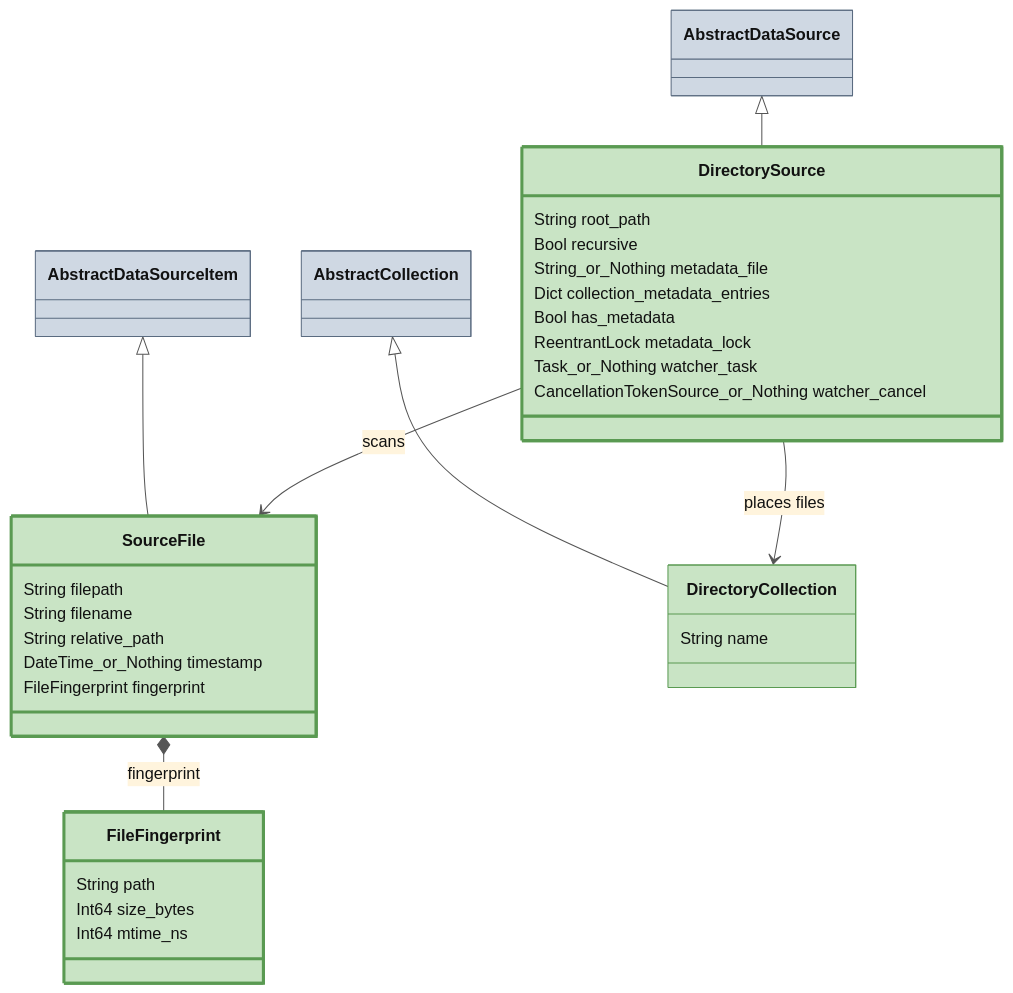
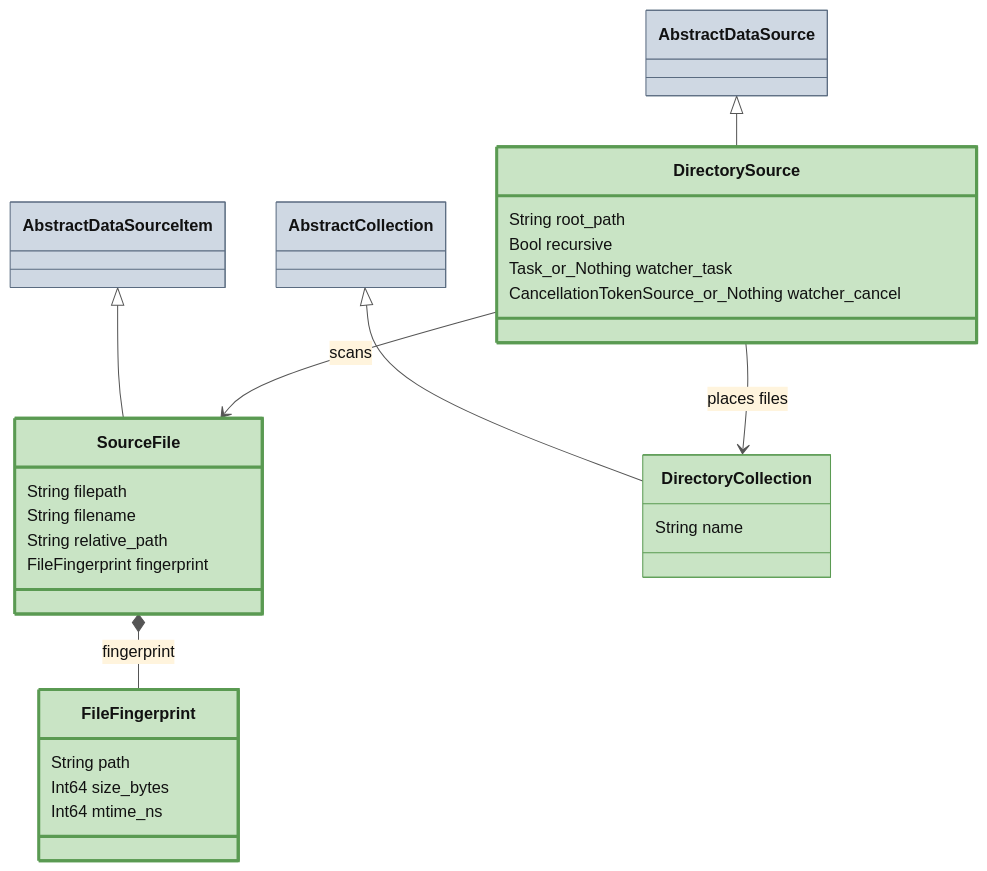
The fourth of 5 diagrams in docs/ARCHITECTURE.md (digiefel/DataBrowser), drawn with Mermaid before and after one commit. The commit also changed other lines of this file and 5 other files, not shown here.

````diff
--- a/docs/ARCHITECTURE.md
+++ b/docs/ARCHITECTURE.md
@@ -374,49 +374,44 @@
 ```mermaid
 %%{init: {'theme':'base','themeVariables':{'textColor':'#111','lineColor':'#555'}}}%%
 classDiagram
     direction TB
     class AbstractDataSource
     class AbstractDataSourceItem
     class AbstractCollection
 
     class DirectorySource {
         String root_path
         Bool recursive
-        String_or_Nothing metadata_file
-        Dict collection_metadata_entries
-        Bool has_metadata
-        ReentrantLock metadata_lock
         Task_or_Nothing watcher_task
         CancellationTokenSource_or_Nothing watcher_cancel
     }
     class SourceFile {
         String filepath
         String filename
         String relative_path
-        DateTime_or_Nothing timestamp
         FileFingerprint fingerprint
     }
     class FileFingerprint {
         String path
         Int64 size_bytes
         Int64 mtime_ns
     }
     class DirectoryCollection {
         String name
     }
 
     AbstractDataSource <|-- DirectorySource
     AbstractDataSourceItem <|-- SourceFile
     AbstractCollection <|-- DirectoryCollection
     DirectorySource --> SourceFile : scans
     DirectorySource --> DirectoryCollection : places files
     SourceFile *-- FileFingerprint : fingerprint
 
     style AbstractDataSource fill:#cfd8e3,stroke:#5a6b80,stroke-width:1px,color:#111
     style AbstractDataSourceItem fill:#cfd8e3,stroke:#5a6b80,stroke-width:1px,color:#111
     style AbstractCollection fill:#cfd8e3,stroke:#5a6b80,stroke-width:1px,color:#111
     style DirectorySource fill:#c9e4c5,stroke:#5a9a52,stroke-width:3px,color:#111
     style SourceFile fill:#c9e4c5,stroke:#5a9a52,stroke-width:3px,color:#111
     style FileFingerprint fill:#c9e4c5,stroke:#5a9a52,stroke-width:3px,color:#111
     style DirectoryCollection fill:#c9e4c5,stroke:#5a9a52,stroke-width:1px,color:#111
 ```
````
